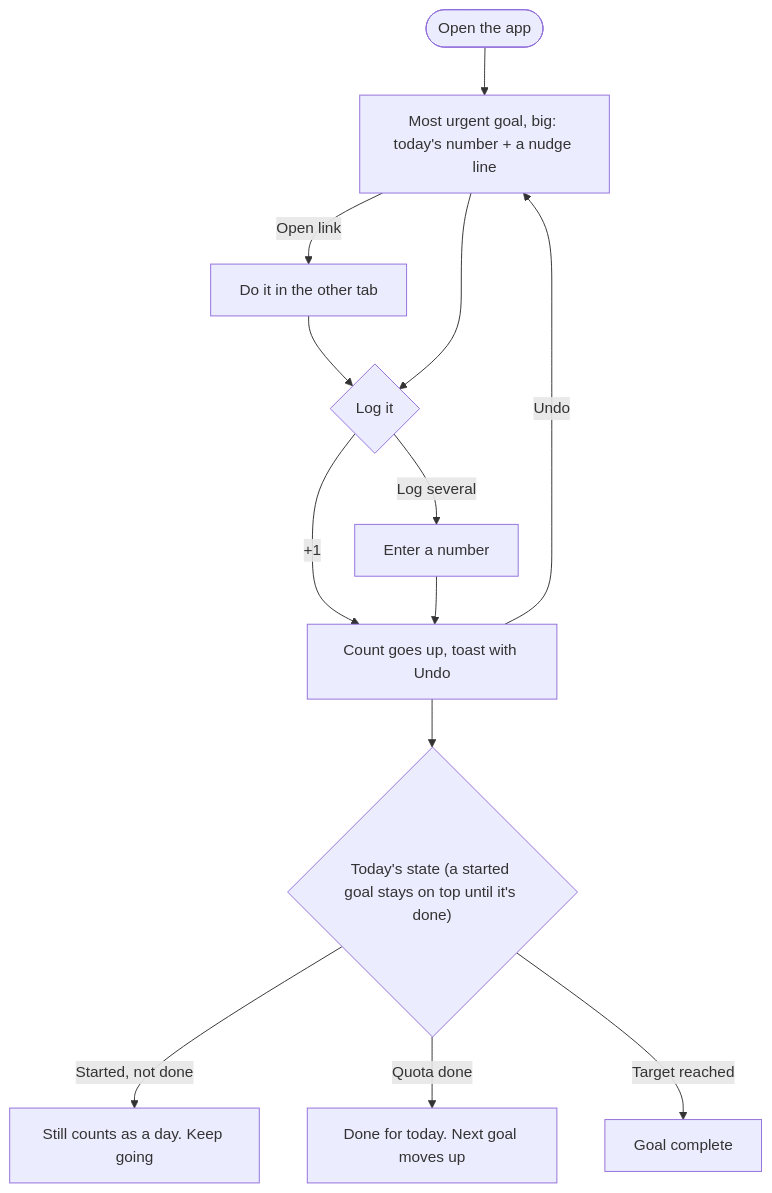
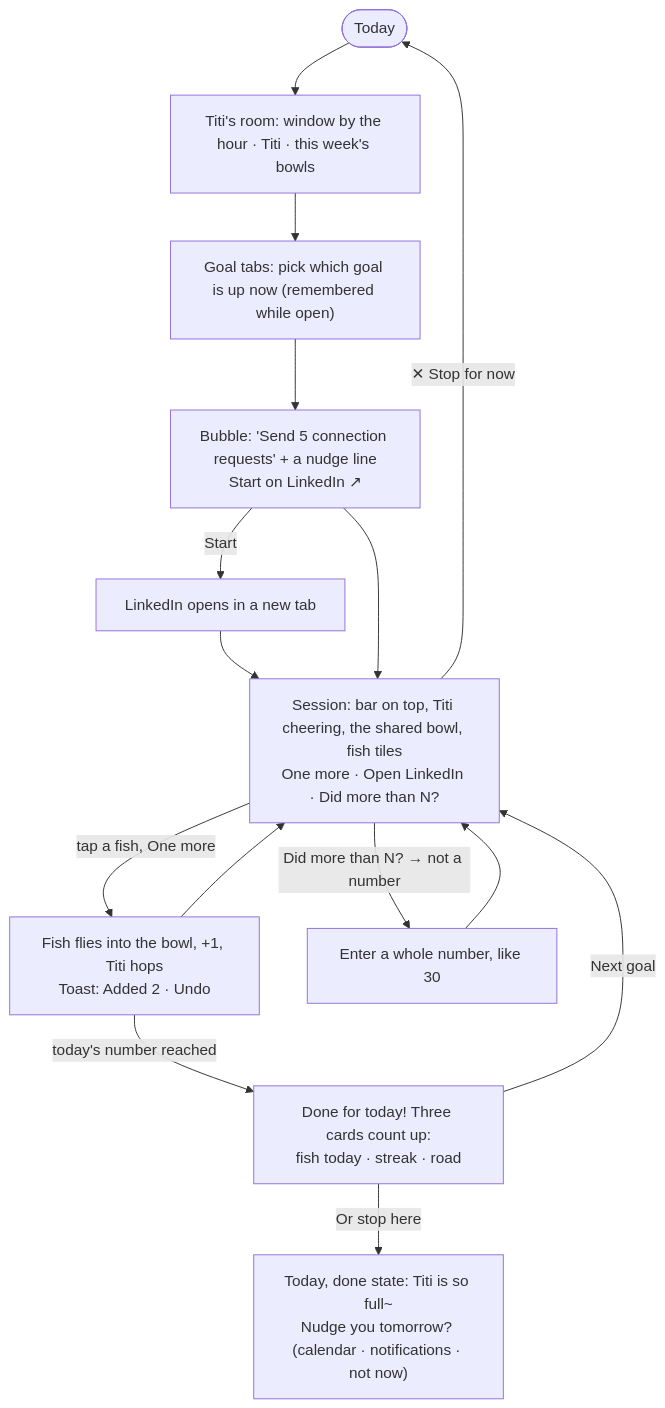
One commit to jessieyiqichen/dbs-a3 changed the second of 4 diagrams in flows.md. Above: the diagram before and after it, drawn with Mermaid. The commit also changed other lines of this file and 4 other files, not shown here.

First line of the commit message:
docs: flows, every state, accessibility results, and credits

````diff
--- a/flows.md
+++ b/flows.md
@@ -44,14 +36,16 @@
 ```mermaid
 flowchart TD
-    A([Open the app]) --> B[Most urgent goal, big: today's number + a nudge line]
-    B -->|Open link| L[Do it in the other tab]
-    L --> C
-    B --> C{Log it}
-    C -->|+1| D[Count goes up, toast with Undo]
-    C -->|Log several| M[Enter a number] --> D
-    D -->|Undo| B
-    D --> S{"Today's state (a started goal stays on top until it's done)"}
-    S -->|Started, not done| B2[Still counts as a day. Keep going]
-    S -->|Quota done| G[Done for today. Next goal moves up]
-    S -->|Target reached| Z[Goal complete]
+    T([Today]) --> R["Titi's room: window by the hour · Titi · this week's bowls"]
+    R --> G["Goal tabs: pick which goal is up now (remembered while open)"]
+    G --> B["Bubble: 'Send 5 connection requests' + a nudge line\nStart on LinkedIn ↗"]
+    B -->|Start| L[LinkedIn opens in a new tab]
+    L --> S
+    B --> S["Session: bar on top, Titi cheering, the shared bowl, fish tiles\nOne more · Open LinkedIn · Did more than N?"]
+    S -->|tap a fish, One more| F["Fish flies into the bowl, +1, Titi hops\nToast: Added 2 · Undo"]
+    F --> S
+    S -->|Did more than N? → not a number| SE["Enter a whole number, like 30"] --> S
+    S -->|✕ Stop for now| T
+    F -->|today's number reached| D["Done for today! Three cards count up:\nfish today · streak · road"]
+    D -->|Next goal| S
+    D -->|Or stop here| T2["Today, done state: Titi is so full~\nNudge you tomorrow? (calendar · notifications · not now)"]
 ```
````
